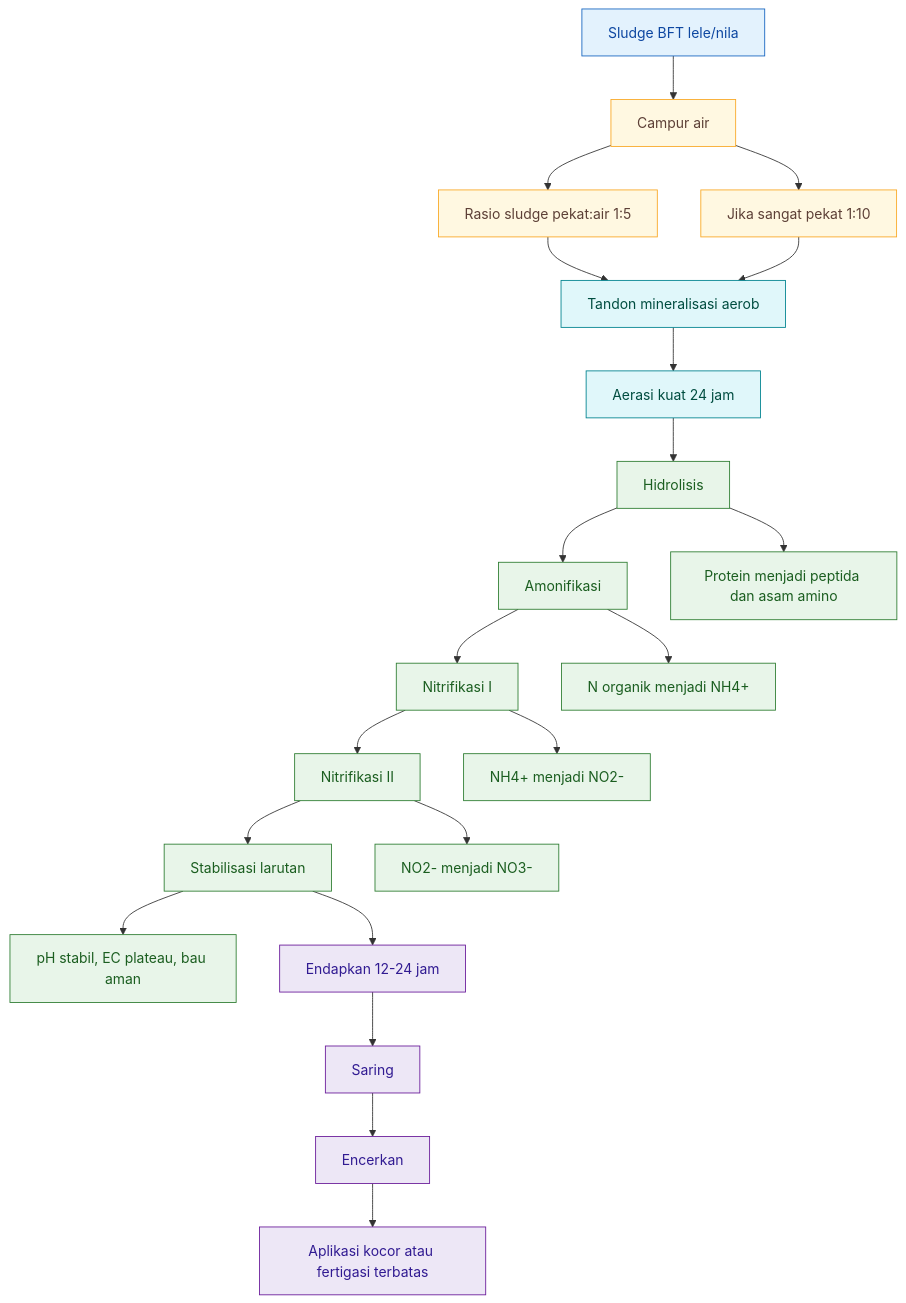
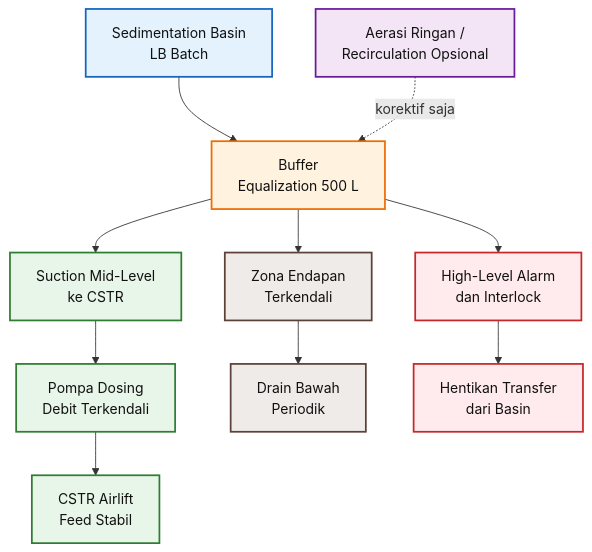
The ninth of 28 diagrams in content/blog/agri/perikanan/sludge-bioflok-biofertilizer.mdx (slametsampon/kawruhnology), drawn with Mermaid before and after one commit. The commit also changed other lines of this file and 9 other files, not shown here.

````diff
--- a/content/blog/agri/perikanan/sludge-bioflok-biofertilizer.mdx
+++ b/content/blog/agri/perikanan/sludge-bioflok-biofertilizer.mdx
@@ -1874,40 +4142,30 @@
-```mermaid id="jalur-b-mineralisasi-bft"
+```mermaid
 flowchart TD
-    A[Sludge BFT lele/nila] --> B[Campur air]
-    B --> C[Rasio sludge pekat:air 1:5]
-    B --> C2[Jika sangat pekat 1:10]
+    A["Sedimentation Basin<br/>LB Batch"] --> B["Buffer<br/>Equalization 500 L"]
 
-    C --> D[Tandon mineralisasi aerob]
-    C2 --> D
+    B --> C["Suction Mid-Level<br/>ke CSTR"]
+    C --> D["Pompa Dosing<br/>Debit Terkendali"]
+    D --> E["CSTR Airlift<br/>Feed Stabil"]
 
-    D --> E[Aerasi kuat 24 jam]
-    E --> F[Hidrolisis]
-    F --> G[Amonifikasi]
-    G --> H[Nitrifikasi I]
-    H --> I[Nitrifikasi II]
-    I --> J[Stabilisasi larutan]
+    B --> F["Zona Endapan<br/>Terkendali"]
+    F --> G["Drain Bawah<br/>Periodik"]
 
-    F --> F1[Protein menjadi peptida dan asam amino]
-    G --> G1[N organik menjadi NH4+]
-    H --> H1[NH4+ menjadi NO2-]
-    I --> I1[NO2- menjadi NO3-]
-    J --> J1[pH stabil, EC plateau, bau aman]
+    B --> H["High-Level Alarm<br/>dan Interlock"]
+    H --> I["Hentikan Transfer<br/>dari Basin"]
 
-    J --> K[Endapkan 12-24 jam]
-    K --> L[Saring]
-    L --> M[Encerkan]
-    M --> N[Aplikasi kocor atau fertigasi terbatas]
+    J["Aerasi Ringan /<br/>Recirculation Opsional"] -. "korektif saja" .-> B
 
-    classDef input fill:#E3F2FD,stroke:#1565C0,color:#0D47A1;
-    classDef prep fill:#FFF8E1,stroke:#F9A825,color:#5D4037;
-    classDef reactor fill:#E0F7FA,stroke:#00838F,color:#004D40;
-    classDef bio fill:#E8F5E9,stroke:#2E7D32,color:#1B5E20;
-    classDef risk fill:#FFEBEE,stroke:#C62828,color:#B71C1C;
-    classDef output fill:#EDE7F6,stroke:#6A1B9A,color:#311B92;
+    classDef source fill:#E3F2FD,stroke:#1565C0,color:#111,stroke-width:2px;
+    classDef buffer fill:#FFF3E0,stroke:#EF6C00,color:#111,stroke-width:2px;
+    classDef feed fill:#E8F5E9,stroke:#2E7D32,color:#111,stroke-width:2px;
+    classDef drain fill:#EFEBE9,stroke:#5D4037,color:#111,stroke-width:2px;
+    classDef alarm fill:#FFEBEE,stroke:#C62828,color:#111,stroke-width:2px;
+    classDef optional fill:#F3E5F5,stroke:#6A1B9A,color:#111,stroke-width:2px;
 
-    class A input;
-    class B,C,C2 prep;
-    class D,E reactor;
-    class F,G,H,I,J,F1,G1,H1,I1,J1 bio;
-    class K,L,M,N output;
+    class A source;
+    class B buffer;
+    class C,D,E feed;
+    class F,G drain;
+    class H,I alarm;
+    class J optional;
 ```
````
